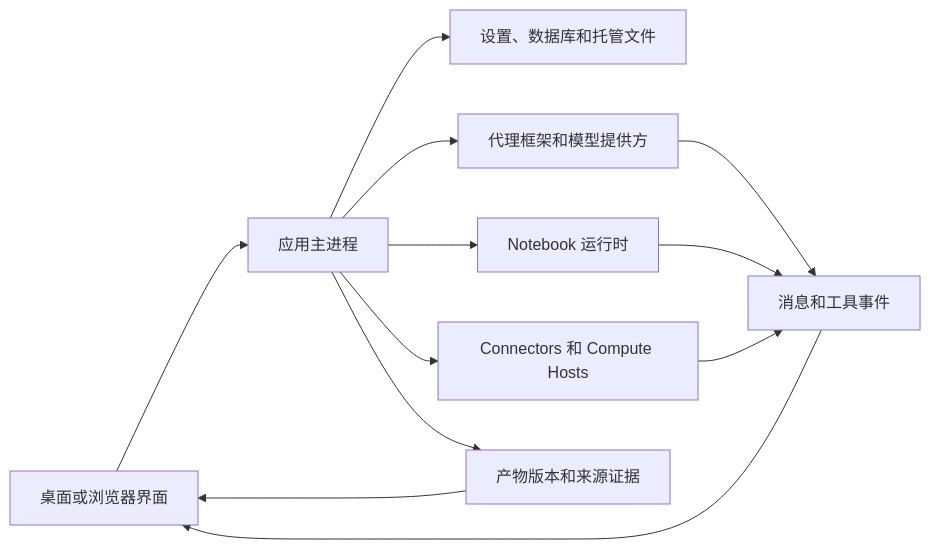
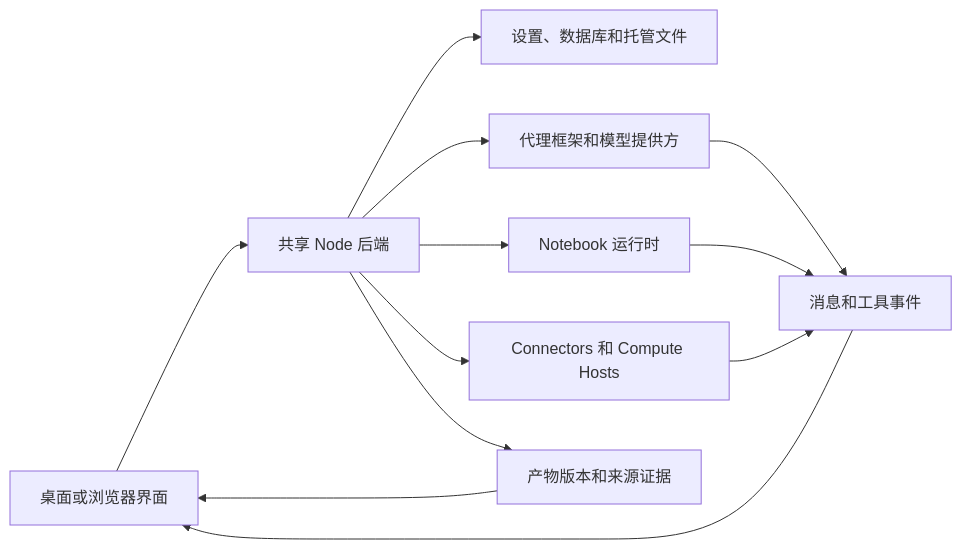
One commit to aipoch/openscience-wiki changed the diagram in i18n/zh-Hans/docusaurus-plugin-content-docs/current/reference/diagnostics.md. Above: the diagram before and after it, drawn with Mermaid. The commit also changed other lines of this file and 150 other files, not shown here.

````diff
--- a/i18n/zh-Hans/docusaurus-plugin-content-docs/current/reference/diagnostics.md
+++ b/i18n/zh-Hans/docusaurus-plugin-content-docs/current/reference/diagnostics.md
@@ -13,14 +13,14 @@
 ```mermaid
 flowchart LR
-  UI[桌面或浏览器界面] --> MAIN[应用主进程]
+  UI[桌面或浏览器界面] --> MAIN[共享 Node 后端]
   MAIN --> STORE[设置、数据库和托管文件]
   MAIN --> AGENT[代理框架和模型提供方]
   MAIN --> NB[Notebook 运行时]
   MAIN --> SERVICES[Connectors 和 Compute Hosts]
   AGENT --> EVENTS[消息和工具事件]
   NB --> EVENTS
   SERVICES --> EVENTS
   EVENTS --> UI
   MAIN --> ART[产物版本和来源证据]
   ART --> UI
 ```
````
